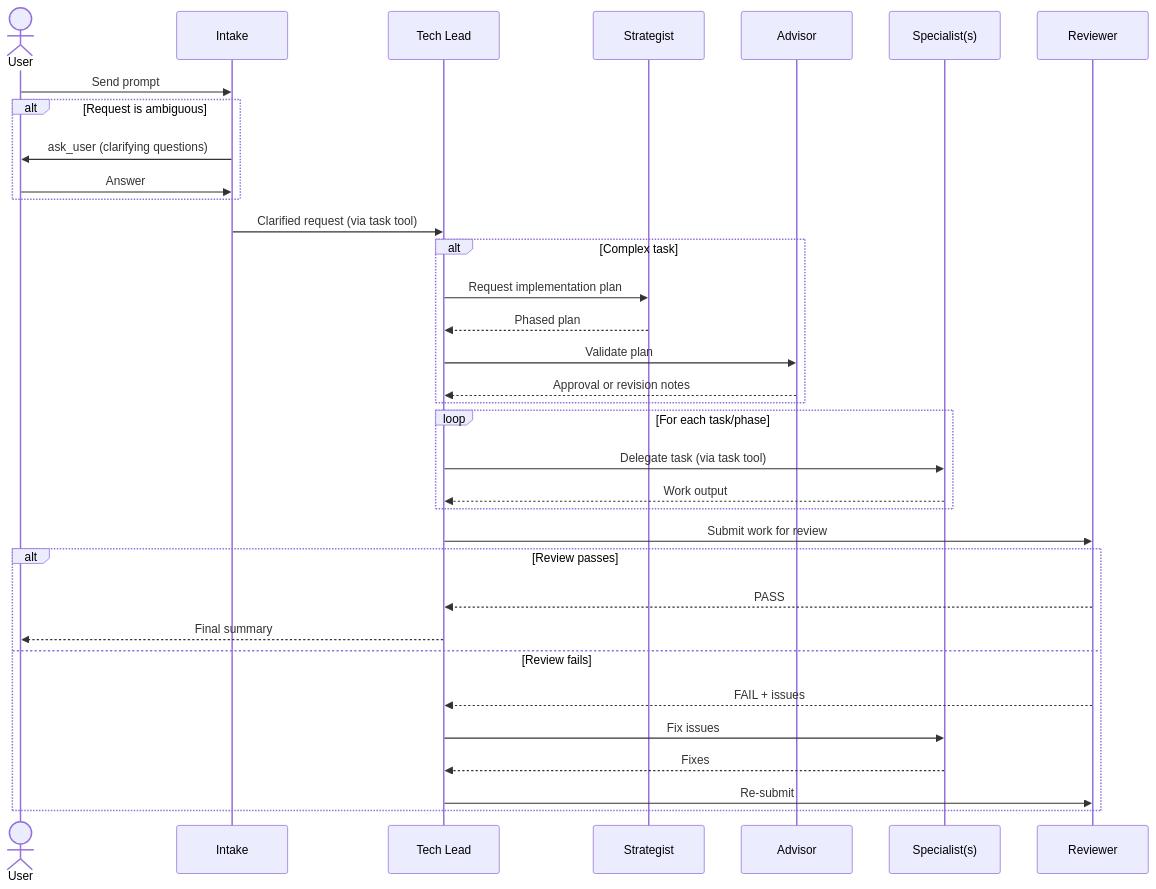
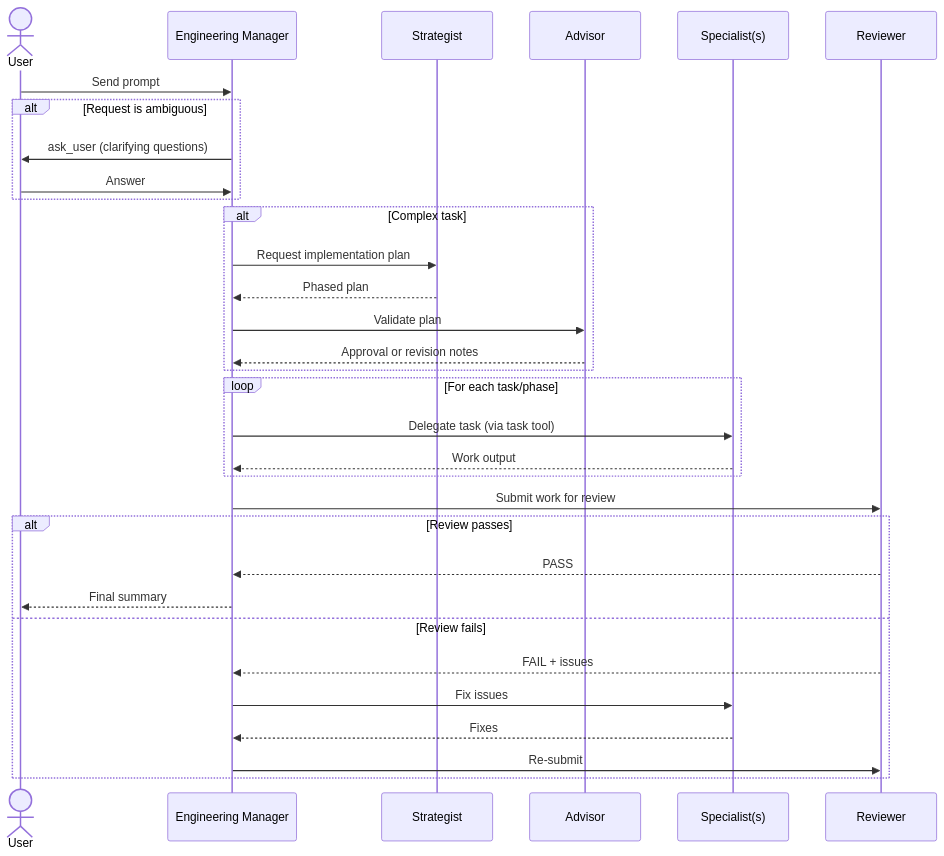
Before and after one commit to jim0thy/copilot-anvil: the third of 8 diagrams in docs/AGENT-ORCHESTRATION.md, drawn with Mermaid. The commit also changed other lines of this file and 18 other files, not shown here.

First line of the commit message:
refactor: rename `tech-lead` to `engineering-manager` across codebase

````diff
--- a/docs/AGENT-ORCHESTRATION.md
+++ b/docs/AGENT-ORCHESTRATION.md
@@ -122,43 +115,40 @@
 ```mermaid
 sequenceDiagram
     actor User
-    participant Intake
-    participant TechLead as Tech Lead
+    participant EM as Engineering Manager
     participant Strategist
     participant Advisor
     participant Specialist as Specialist(s)
     participant Reviewer
 
-    User->>Intake: Send prompt
+    User->>EM: Send prompt
 
     alt Request is ambiguous
-        Intake->>User: ask_user (clarifying questions)
-        User->>Intake: Answer
+        EM->>User: ask_user (clarifying questions)
+        User->>EM: Answer
     end
 
-    Intake->>TechLead: Clarified request (via task tool)
-
     alt Complex task
-        TechLead->>Strategist: Request implementation plan
-        Strategist-->>TechLead: Phased plan
-        TechLead->>Advisor: Validate plan
-        Advisor-->>TechLead: Approval or revision notes
+        EM->>Strategist: Request implementation plan
+        Strategist-->>EM: Phased plan
+        EM->>Advisor: Validate plan
+        Advisor-->>EM: Approval or revision notes
     end
 
     loop For each task/phase
-        TechLead->>Specialist: Delegate task (via task tool)
-        Specialist-->>TechLead: Work output
+        EM->>Specialist: Delegate task (via task tool)
+        Specialist-->>EM: Work output
     end
 
-    TechLead->>Reviewer: Submit work for review
+    EM->>Reviewer: Submit work for review
 
     alt Review passes
-        Reviewer-->>TechLead: PASS
-        TechLead-->>User: Final summary
+        Reviewer-->>EM: PASS
+        EM-->>User: Final summary
     else Review fails
-        Reviewer-->>TechLead: FAIL + issues
-        TechLead->>Specialist: Fix issues
-        Specialist-->>TechLead: Fixes
-        TechLead->>Reviewer: Re-submit
+        Reviewer-->>EM: FAIL + issues
+        EM->>Specialist: Fix issues
+        Specialist-->>EM: Fixes
+        EM->>Reviewer: Re-submit
     end
 ```
````
